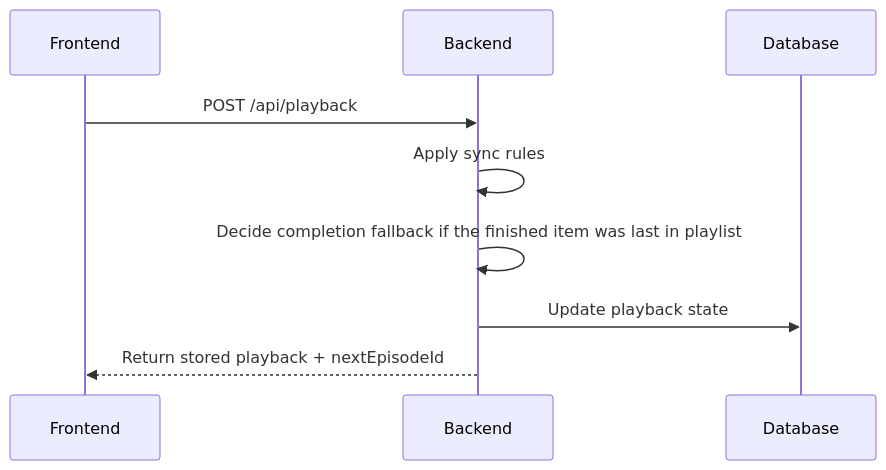
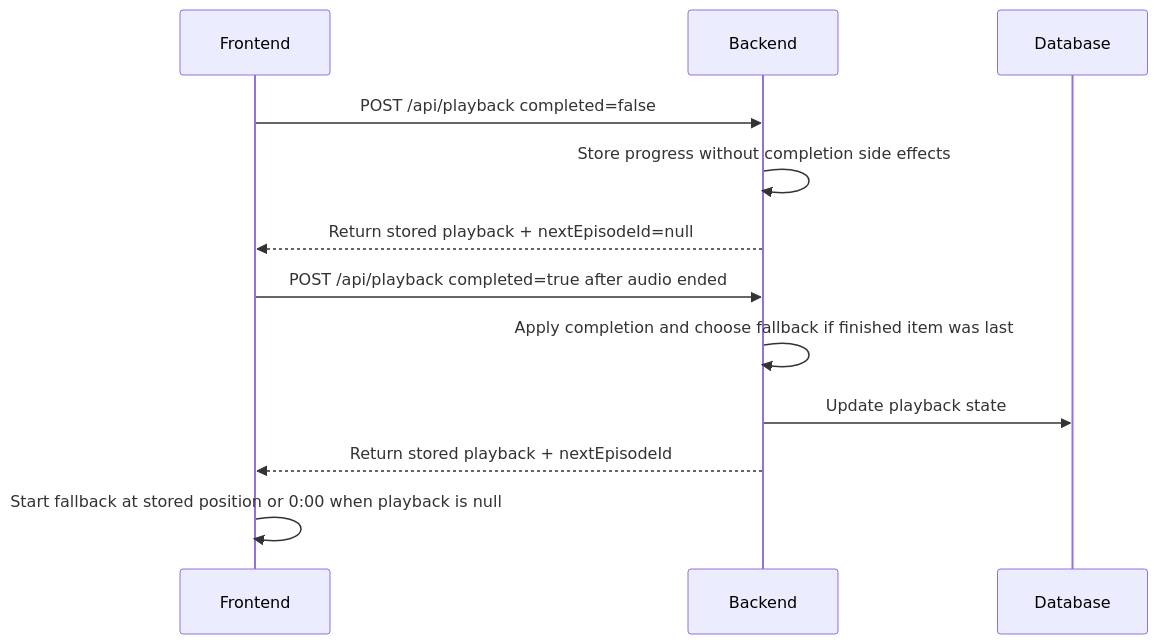
The fifth of 5 diagrams in docs/architecture.md (alnat2/mpod), drawn with Mermaid before and after one commit. The commit also changed 6 other files, not shown here.

Commit message:
Document explicit playback completion contract

````diff
--- a/docs/architecture.md
+++ b/docs/architecture.md
@@ -376,12 +376,15 @@
 ```mermaid
 sequenceDiagram
   participant F as Frontend
   participant B as Backend
   participant D as Database
 
-  F->>B: POST /api/playback
-  B->>B: Apply sync rules
-  B->>B: Decide completion fallback if the finished item was last in playlist
+  F->>B: POST /api/playback completed=false
+  B->>B: Store progress without completion side effects
+  B-->>F: Return stored playback + nextEpisodeId=null
+  F->>B: POST /api/playback completed=true after audio ended
+  B->>B: Apply completion and choose fallback if finished item was last
   B->>D: Update playback state
   B-->>F: Return stored playback + nextEpisodeId
+  F->>F: Start fallback at stored position or 0:00 when playback is null
 ```
````
